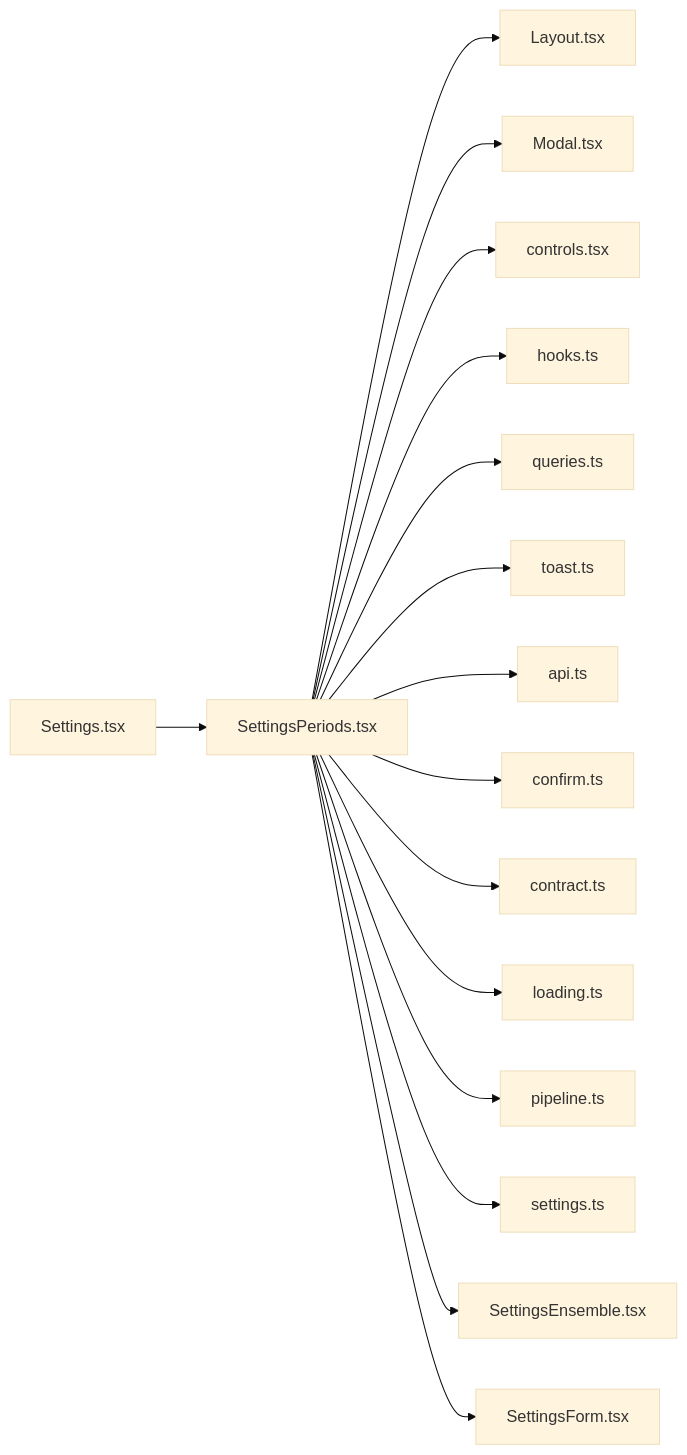
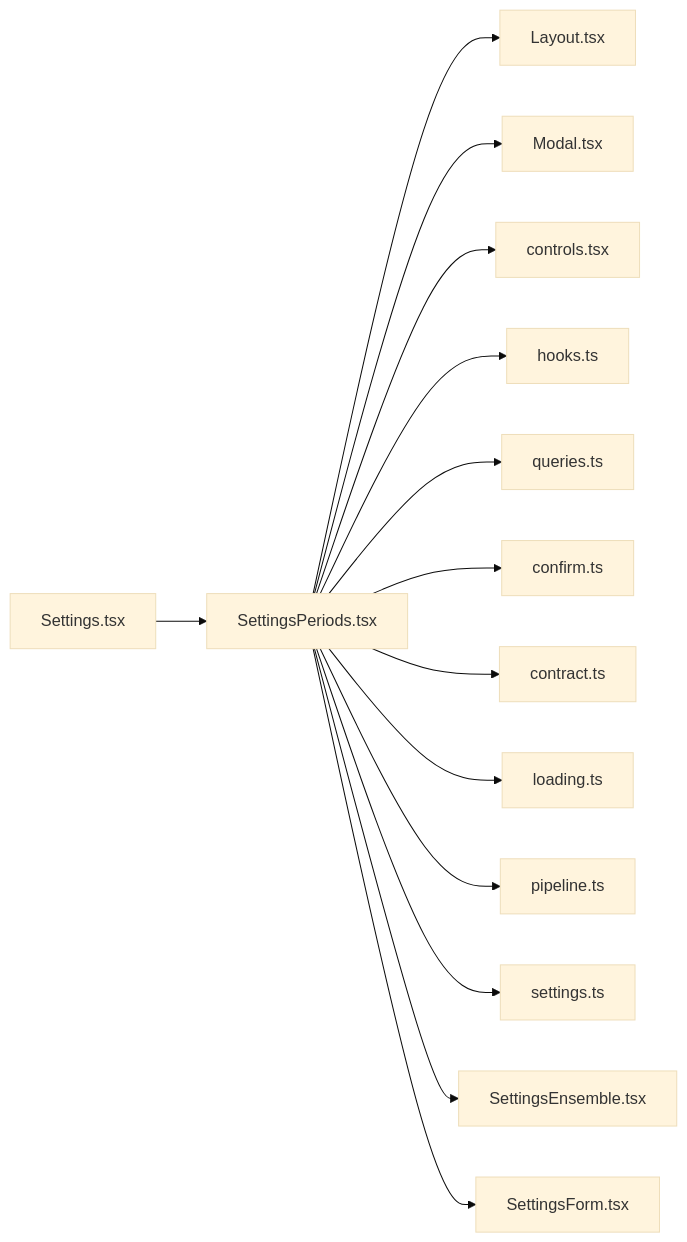
One commit to minkong-dev/Banblit changed the diagram in .cluedoc/graph/frontend/src/routes/SettingsPeriods.md. Above: the diagram before and after it, drawn with Mermaid (base theme). The commit also changed other lines of this file and 15 other files, not shown here.

First line of the commit message:
frontend: move route duties into hooks and server calls into lib/pipeline

````diff
--- a/.cluedoc/graph/frontend/src/routes/SettingsPeriods.md
+++ b/.cluedoc/graph/frontend/src/routes/SettingsPeriods.md
@@ -10,19 +10,17 @@
 ```mermaid
 flowchart LR
   frontend_src_routes_SettingsPeriods["SettingsPeriods.tsx"]
   frontend_src_routes_SettingsPeriods --> frontend_src_components_Layout["Layout.tsx"]
   frontend_src_routes_SettingsPeriods --> frontend_src_components_Modal["Modal.tsx"]
   frontend_src_routes_SettingsPeriods --> frontend_src_components_controls["controls.tsx"]
   frontend_src_routes_SettingsPeriods --> frontend_src_components_hooks["hooks.ts"]
   frontend_src_routes_SettingsPeriods --> frontend_src_components_queries["queries.ts"]
-  frontend_src_routes_SettingsPeriods --> frontend_src_components_toast["toast.ts"]
-  frontend_src_routes_SettingsPeriods --> frontend_src_lib_api["api.ts"]
   frontend_src_routes_SettingsPeriods --> frontend_src_lib_confirm["confirm.ts"]
   frontend_src_routes_SettingsPeriods --> frontend_src_lib_contract["contract.ts"]
   frontend_src_routes_SettingsPeriods --> frontend_src_lib_loading["loading.ts"]
   frontend_src_routes_SettingsPeriods --> frontend_src_lib_pipeline["pipeline.ts"]
   frontend_src_routes_SettingsPeriods --> frontend_src_lib_settings["settings.ts"]
   frontend_src_routes_SettingsPeriods --> frontend_src_routes_SettingsEnsemble["SettingsEnsemble.tsx"]
   frontend_src_routes_SettingsPeriods --> frontend_src_routes_SettingsForm["SettingsForm.tsx"]
   frontend_src_routes_Settings["Settings.tsx"] --> frontend_src_routes_SettingsPeriods
 ```
````
